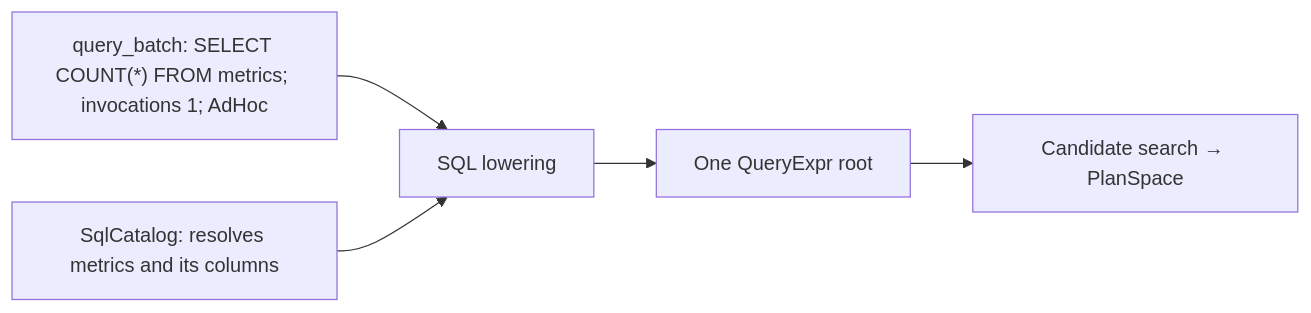
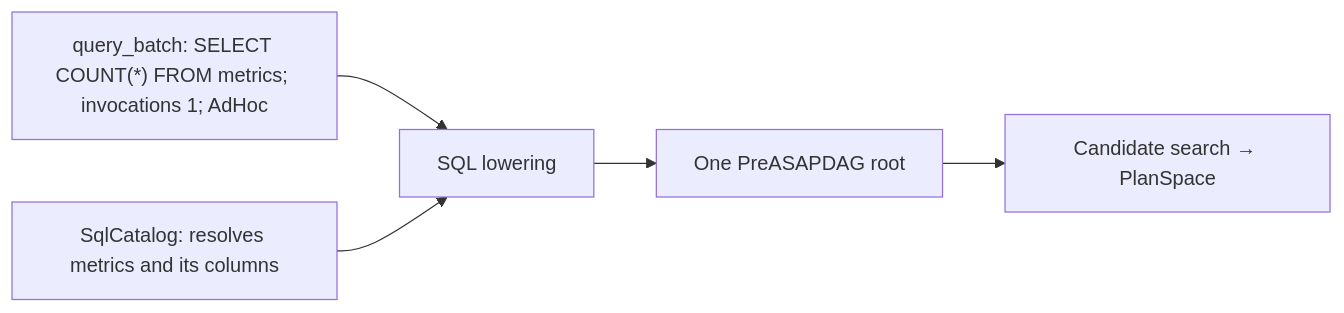
Before and after one commit to ProjectASAP/ASAPPlanner: the second of 2 diagrams in docs/design_docs/architecture/input-output-workflow.md, drawn with Mermaid. The commit also changed other lines of this file and 2 other files, not shown here.

First line of the commit message:
docs: name Planner graph stages and clarify compilation layers

````diff
--- a/docs/design_docs/architecture/input-output-workflow.md
+++ b/docs/design_docs/architecture/input-output-workflow.md
@@ -103,11 +113,11 @@
 ```mermaid
 flowchart LR
     Q["query_batch: SELECT COUNT(*) FROM metrics; invocations 1; AdHoc"]
     C["SqlCatalog: resolves metrics and its columns"]
     F["SQL lowering"]
-    R["One QueryExpr root"]
+    R["One PreASAPDAG root"]
     P["Candidate search → PlanSpace"]
     Q --> F
     C --> F
     F --> R --> P
 ```
````
